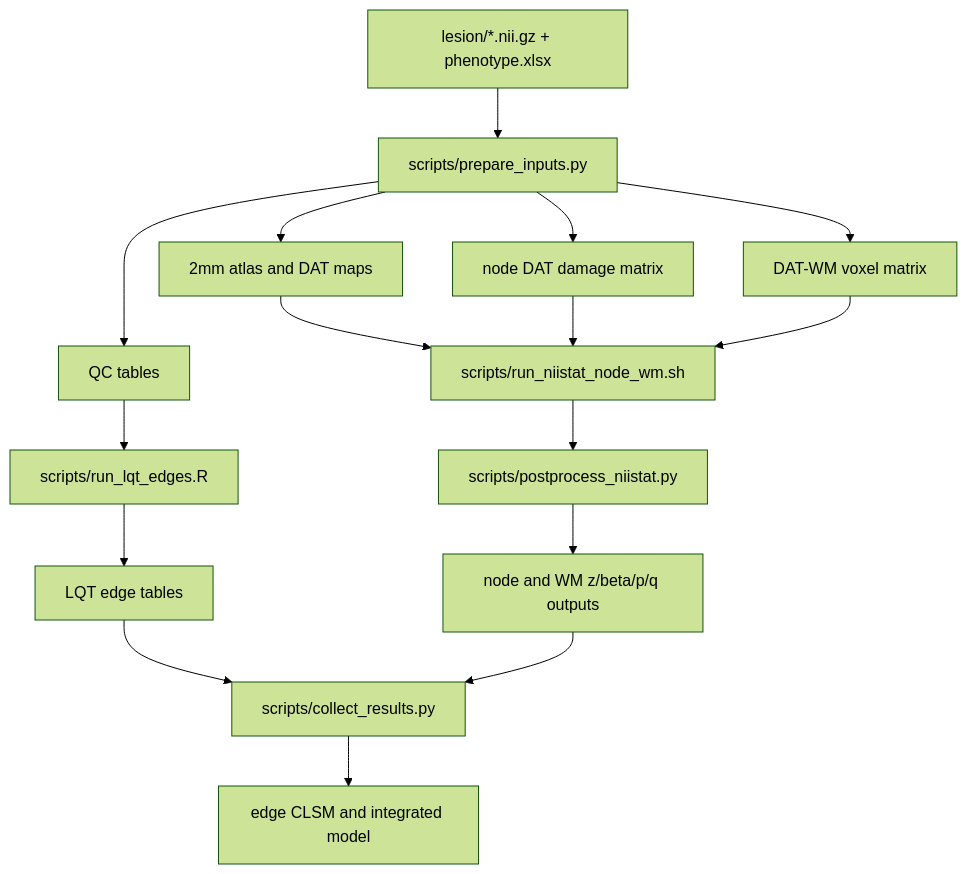
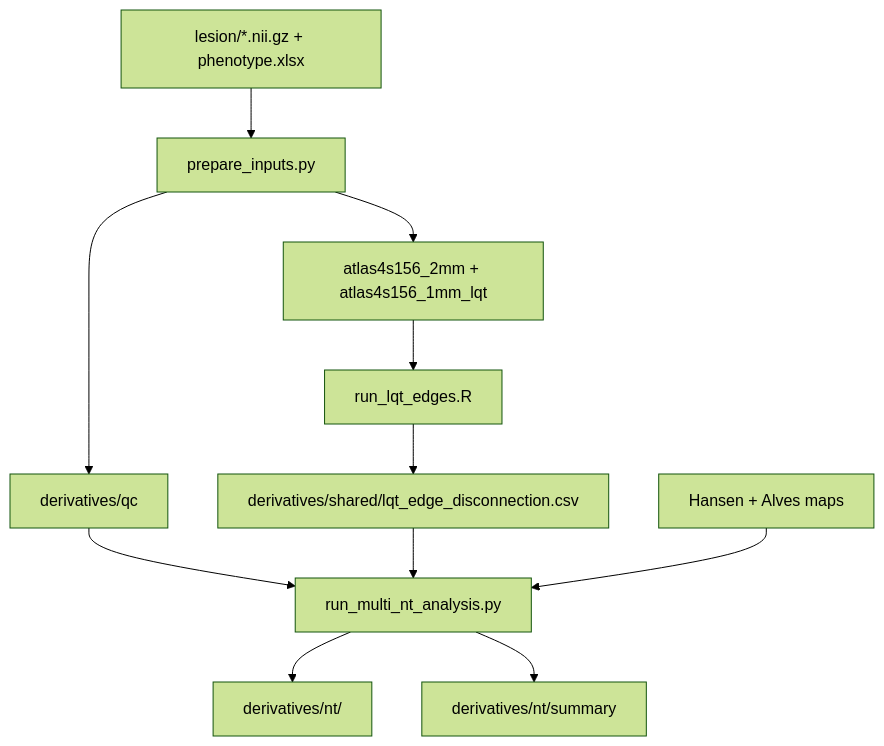
Before and after one commit to zhenzonglin/neurotransmitter: the diagram in docs/manual_qc.md, drawn with Mermaid (forest theme). The commit also changed other lines of this file and 18 other files, not shown here.

````diff
--- a/docs/manual_qc.md
+++ b/docs/manual_qc.md
@@ -8,18 +23,13 @@
 ```mermaid
 flowchart TD
-    A["lesion/*.nii.gz + phenotype.xlsx"] --> B["scripts/prepare_inputs.py"]
-    B --> C["QC tables"]
-    B --> D["2mm atlas and DAT maps"]
-    B --> E["node DAT damage matrix"]
-    B --> F["DAT-WM voxel matrix"]
-    C --> G["scripts/run_lqt_edges.R"]
-    D --> H["scripts/run_niistat_node_wm.sh"]
-    E --> H
-    F --> H
-    H --> I["scripts/postprocess_niistat.py"]
-    G --> J["LQT edge tables"]
-    I --> K["node and WM z/beta/p/q outputs"]
-    J --> L["scripts/collect_results.py"]
-    K --> L
-    L --> M["edge CLSM and integrated model"]
+    A["lesion/*.nii.gz + phenotype.xlsx"] --> B["prepare_inputs.py"]
+    B --> C["derivatives/qc"]
+    B --> D["atlas4s156_2mm + atlas4s156_1mm_lqt"]
+    D --> E["run_lqt_edges.R"]
+    E --> F["derivatives/shared/lqt_edge_disconnection.csv"]
+    C --> G["run_multi_nt_analysis.py"]
+    F --> G
+    H["Hansen + Alves maps"] --> G
+    G --> I["derivatives/nt/<nt_id>"]
+    G --> J["derivatives/nt/summary"]
 ```
````
